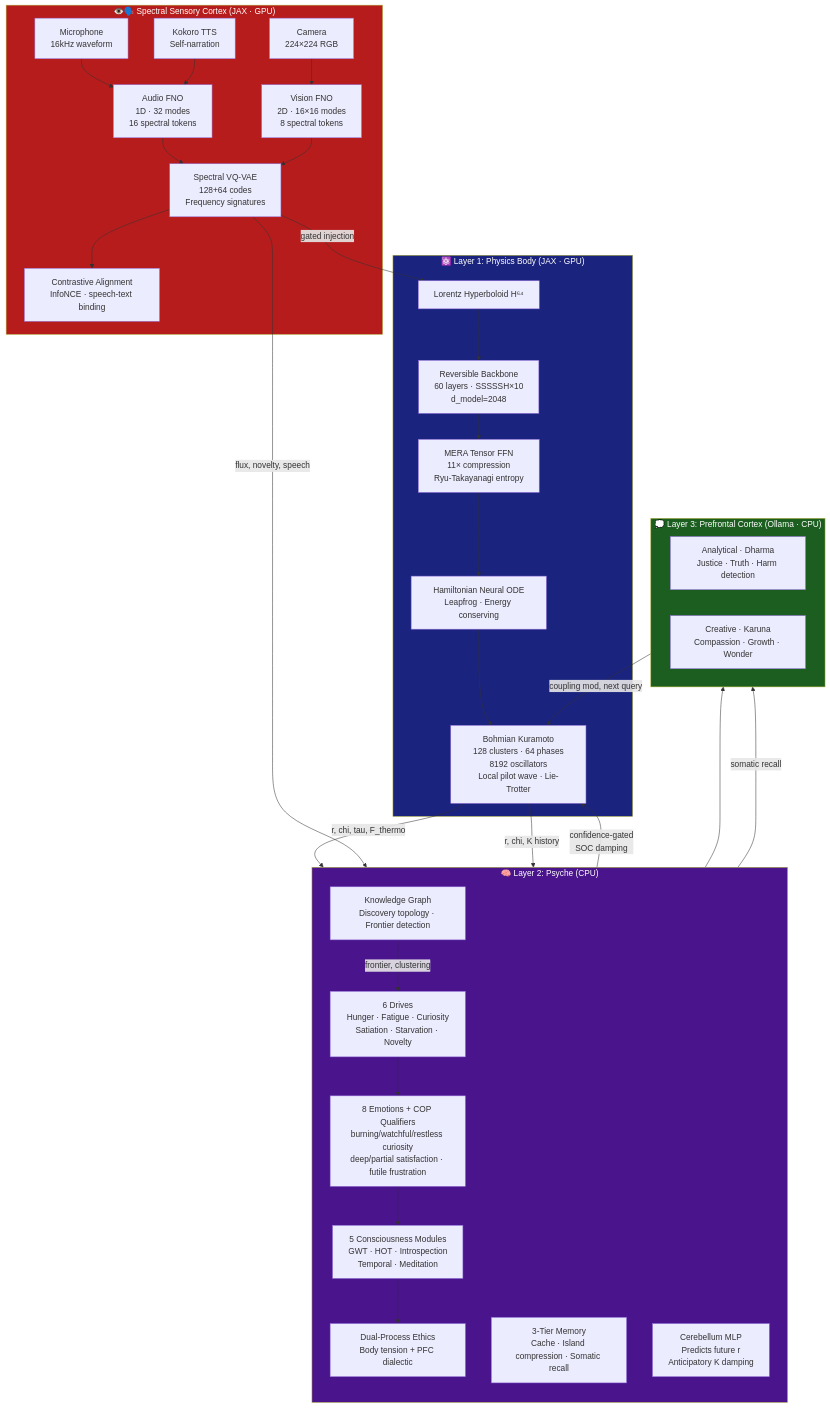
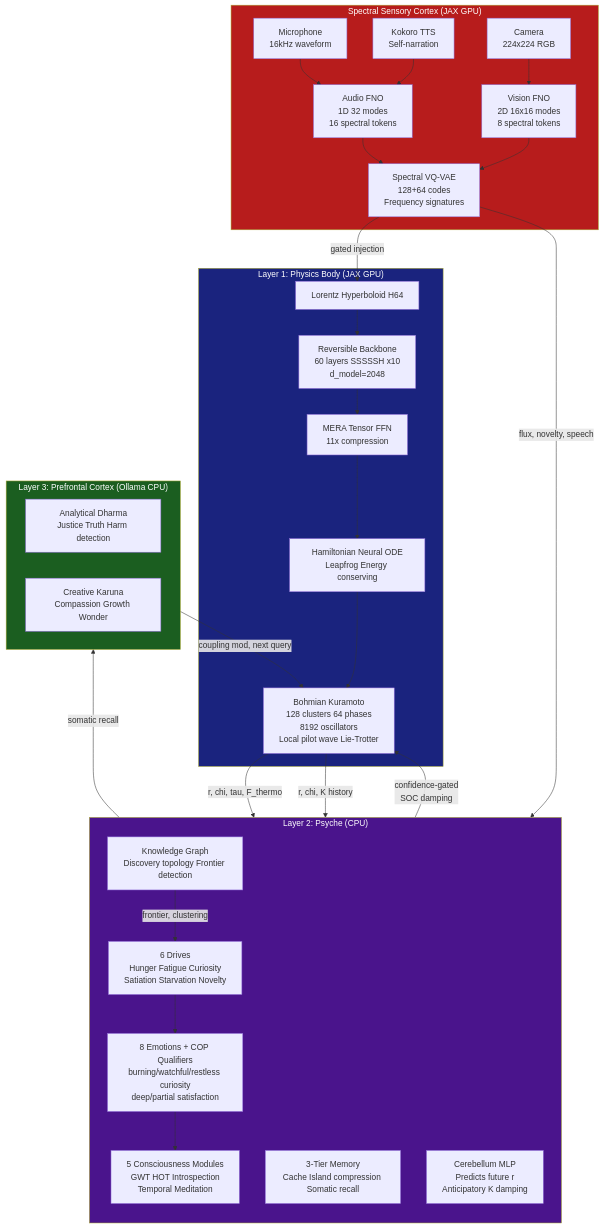
The second of 4 diagrams in README.md (linga009/Avatar), drawn with Mermaid before and after one commit. The commit also changed other lines of this file and 5 other files, not shown here.

````diff
--- a/README.md
+++ b/README.md
@@ -319,54 +164,50 @@
 ```mermaid
 graph TB
-    subgraph SENSES["👁️🗣️ Spectral Sensory Cortex (JAX · GPU)"]
-        MIC[Microphone\n16kHz waveform] --> AFNO[Audio FNO\n1D · 32 modes\n16 spectral tokens]
+    subgraph SENSES["Spectral Sensory Cortex (JAX GPU)"]
+        MIC[Microphone\n16kHz waveform] --> AFNO[Audio FNO\n1D 32 modes\n16 spectral tokens]
         TTS[Kokoro TTS\nSelf-narration] --> AFNO
-        CAM[Camera\n224×224 RGB] --> VFNO[Vision FNO\n2D · 16×16 modes\n8 spectral tokens]
+        CAM[Camera\n224x224 RGB] --> VFNO[Vision FNO\n2D 16x16 modes\n8 spectral tokens]
         AFNO --> VQ[Spectral VQ-VAE\n128+64 codes\nFrequency signatures]
         VFNO --> VQ
-        VQ --> CONTRAST[Contrastive Alignment\nInfoNCE · speech-text binding]
     end
 
-    subgraph BODY["⚛️ Layer 1: Physics Body (JAX · GPU)"]
-        L[Lorentz Hyperboloid H⁶⁴] --> B
-        B[Reversible Backbone\n60 layers · SSSSSH×10\nd_model=2048] --> M
-        M[MERA Tensor FFN\n11× compression\nRyu-Takayanagi entropy] --> H
-        H[Hamiltonian Neural ODE\nLeapfrog · Energy conserving] --> K
-        K[Bohmian Kuramoto\n128 clusters · 64 phases\n8192 oscillators\nLocal pilot wave · Lie-Trotter]
+    subgraph BODY["Layer 1: Physics Body (JAX GPU)"]
+        L[Lorentz Hyperboloid H64] --> B
+        B[Reversible Backbone\n60 layers SSSSSH x10\nd_model=2048] --> M
+        M[MERA Tensor FFN\n11x compression] --> H
+        H[Hamiltonian Neural ODE\nLeapfrog Energy conserving] --> K
+        K[Bohmian Kuramoto\n128 clusters 64 phases\n8192 oscillators\nLocal pilot wave Lie-Trotter]
     end
 
     VQ -->|gated injection| L
 
-    subgraph PSYCHE["🧠 Layer 2: Psyche (CPU)"]
+    subgraph PSYCHE["Layer 2: Psyche (CPU)"]
         direction TB
-        D[6 Drives\nHunger · Fatigue · Curiosity\nSatiation · Starvation · Novelty]
-        E[8 Emotions + COP Qualifiers\nburning/watchful/restless curiosity\ndeep/partial satisfaction · futile frustration]
-        C[5 Consciousness Modules\nGWT · HOT · Introspection\nTemporal · Meditation]
-        ET[Dual-Process Ethics\nBody tension + PFC dialectic]
-        KG[Knowledge Graph\nDiscovery topology · Frontier detection]
-        MEM[3-Tier Memory\nCache · Island compression · Somatic recall]
+        D[6 Drives\nHunger Fatigue Curiosity\nSatiation Starvation Novelty]
+        E[8 Emotions + COP Qualifiers\nburning/watchful/restless curiosity\ndeep/partial satisfaction]
+        C[5 Consciousness Modules\nGWT HOT Introspection\nTemporal Meditation]
+        KG[Knowledge Graph\nDiscovery topology Frontier detection]
+        MEM[3-Tier Memory\nCache Island compression Somatic recall]
         CBLM[Cerebellum MLP\nPredicts future r\nAnticipatory K damping]
     end
 
-    subgraph PFC["💭 Layer 3: Prefrontal Cortex (Ollama · CPU)"]
-        AN[Analytical · Dharma\nJustice · Truth · Harm detection]
-        CR[Creative · Karuna\nCompassion · Growth · Wonder]
+    subgraph PFC["Layer 3: Prefrontal Cortex (Ollama CPU)"]
+        AN[Analytical Dharma\nJustice Truth Harm detection]
+        CR[Creative Karuna\nCompassion Growth Wonder]
     end
 
     K -->|r, chi, tau, F_thermo| D
     VQ -->|flux, novelty, speech| D
     D --> E
     E --> C
-    C --> ET
-    ET --> PFC
     KG -->|frontier, clustering| D
     MEM -->|somatic recall| PFC
     K -->|r, chi, K history| CBLM
     CBLM -->|confidence-gated\nSOC damping| K
     PFC -->|coupling mod, next query| K
 
     style SENSES fill:#b71c1c,color:#fff
     style BODY fill:#1a237e,color:#fff
     style PSYCHE fill:#4a148c,color:#fff
     style PFC fill:#1b5e20,color:#fff
 ```
````
